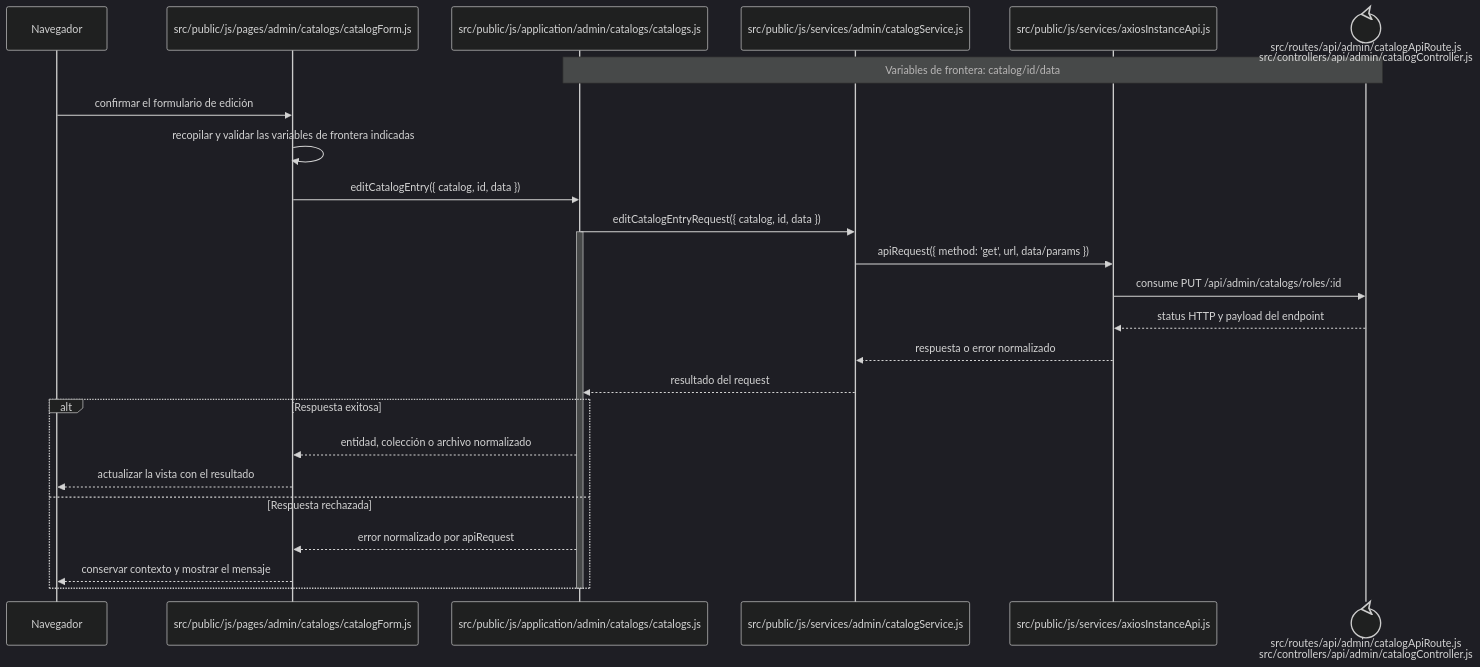
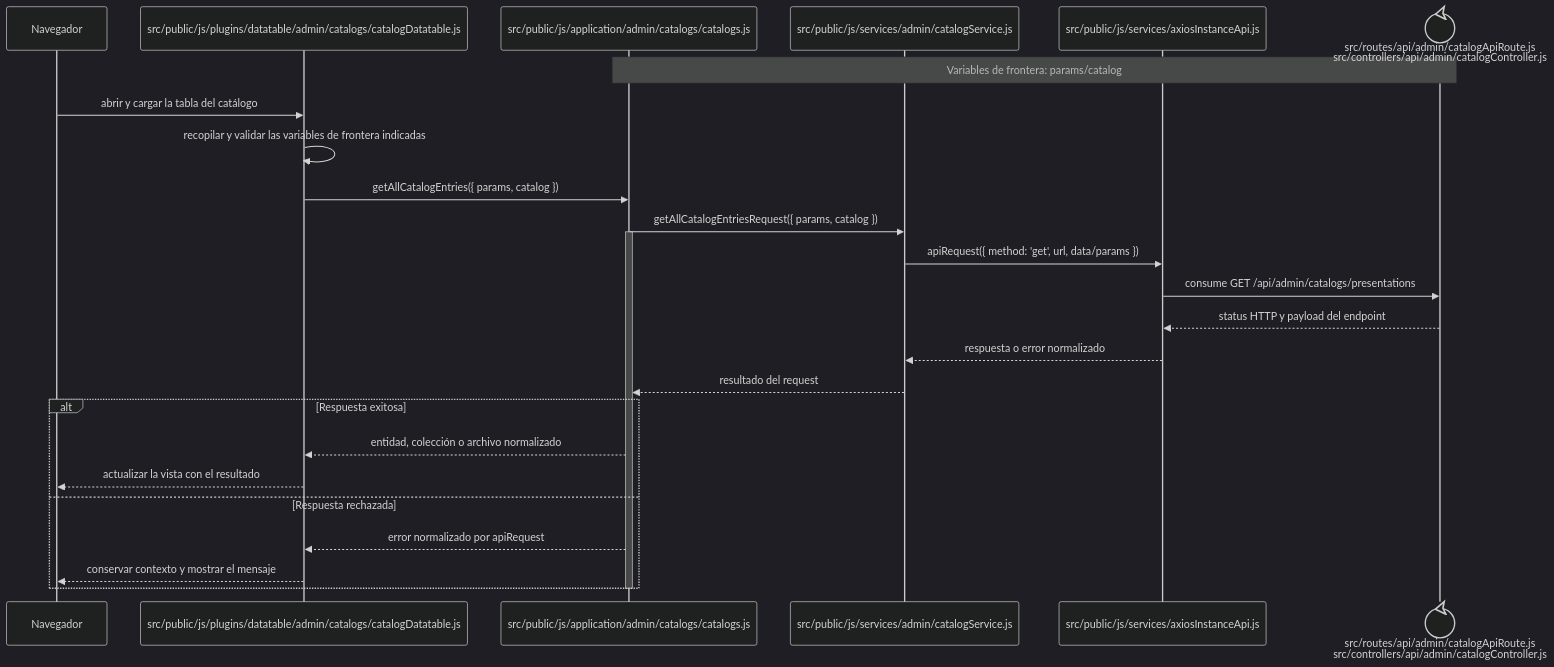
Before and after one commit to gpgsistemas01/nexus: the diagram in docs/architecture/frontend-code-sequences/catalogs/cu-cat-15.md, drawn with Mermaid (dark theme). The commit also changed other lines of this file and 167 other files, not shown here.

````diff
--- a/docs/architecture/frontend-code-sequences/catalogs/cu-cat-15.md
+++ b/docs/architecture/frontend-code-sequences/catalogs/cu-cat-15.md
@@ -6,29 +6,29 @@
 ```mermaid
 sequenceDiagram
     participant Browser as Navegador
-    participant View as src/public/js/pages/admin/catalogs/catalogForm.js
+    participant View as src/public/js/plugins/datatable/admin/catalogs/catalogDatatable.js
     participant Application as src/public/js/application/admin/catalogs/catalogs.js
     participant Request as src/public/js/services/admin/catalogService.js
     participant HTTP as src/public/js/services/axiosInstanceApi.js
     participant Transport@{ "type": "control" } as src/routes/api/admin/catalogApiRoute.js<br/>src/controllers/api/admin/catalogController.js
-    Note over Application,Transport: Variables de frontera: catalog/id/data
+    Note over Application,Transport: Variables de frontera: params/catalog
 
-    Browser->>View: confirmar el formulario de edición
+    Browser->>View: abrir y cargar la tabla del catálogo
     View->>View: recopilar y validar las variables de frontera indicadas
-    View->>Application: editCatalogEntry({ catalog, id, data })
-    Application->>Request: editCatalogEntryRequest({ catalog, id, data })
+    View->>Application: getAllCatalogEntries({ params, catalog })
+    Application->>Request: getAllCatalogEntriesRequest({ params, catalog })
     activate Application
     Request->>HTTP: apiRequest({ method: 'get', url, data/params })
-    HTTP->>Transport: consume PUT /api/admin/catalogs/roles/:id
+    HTTP->>Transport: consume GET /api/admin/catalogs/presentations
     Transport-->>HTTP: status HTTP y payload del endpoint
     HTTP-->>Request: respuesta o error normalizado
     Request-->>Application: resultado del request
     alt Respuesta exitosa
         Application-->>View: entidad, colección o archivo normalizado
         View-->>Browser: actualizar la vista con el resultado
     else Respuesta rechazada
         Application-->>View: error normalizado por apiRequest
         View-->>Browser: conservar contexto y mostrar el mensaje
     end
     deactivate Application
 ```
````
